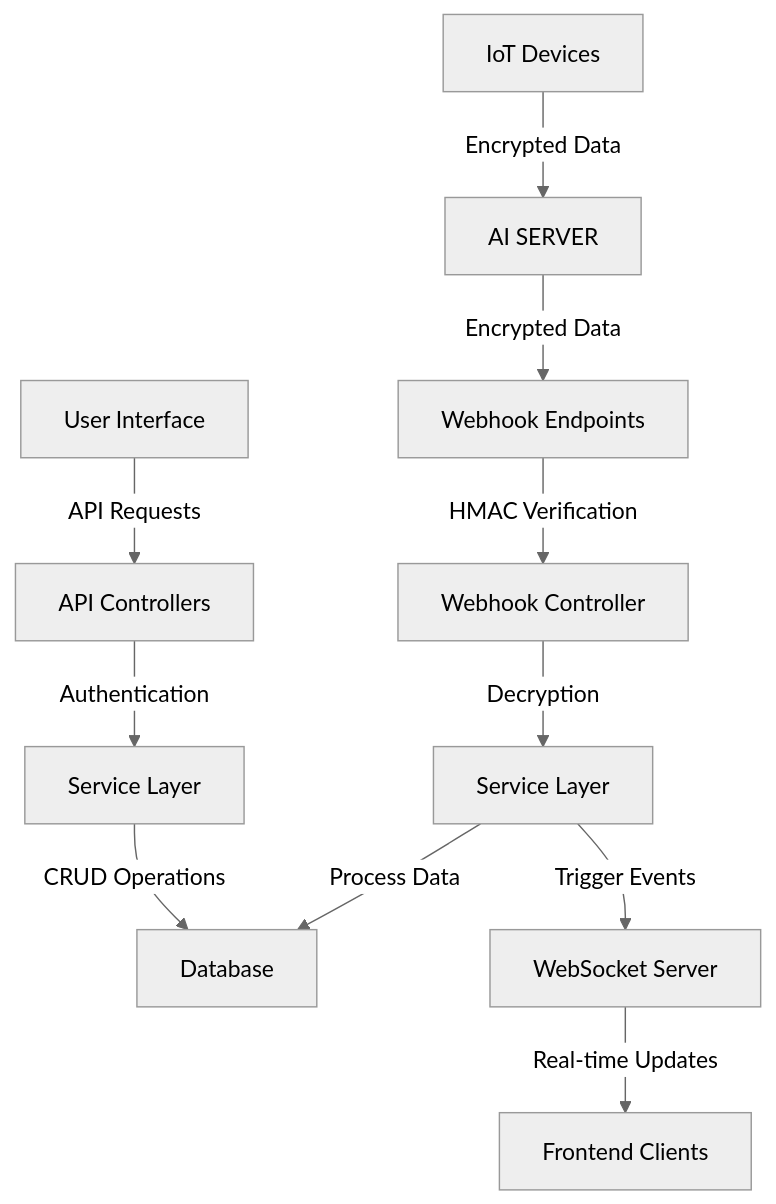
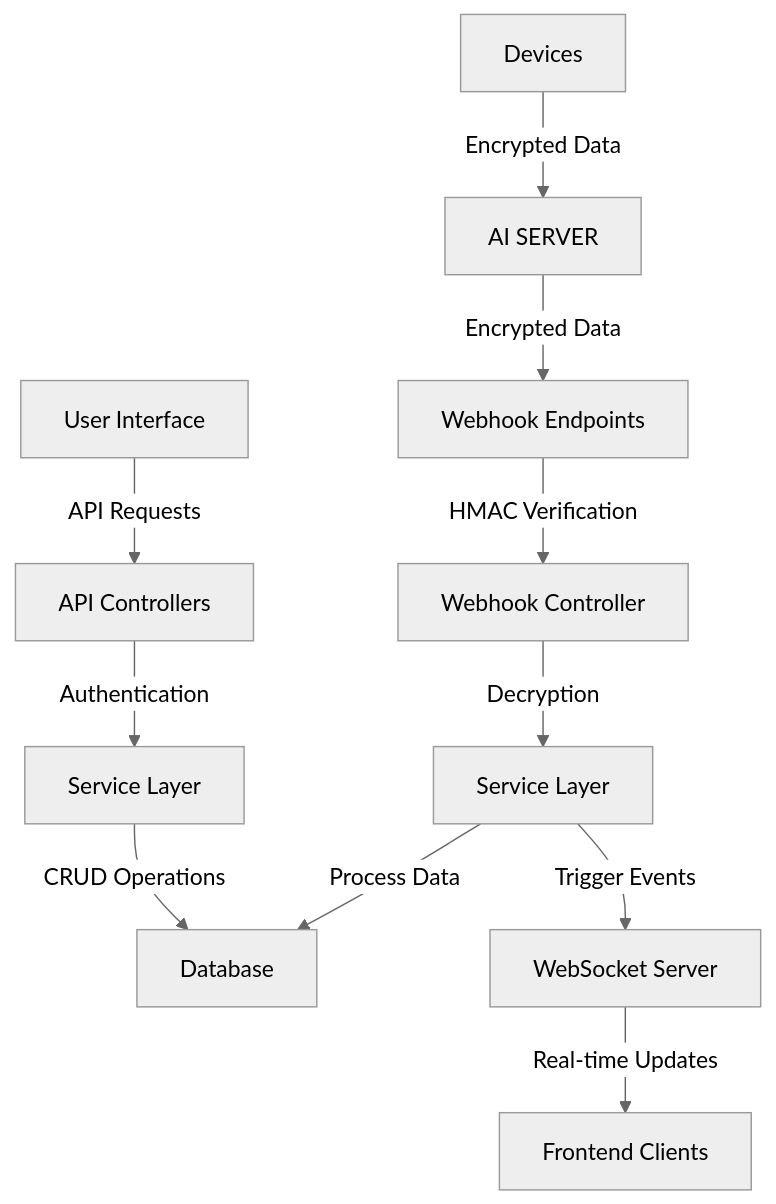
The first of 2 diagrams in README.md (Elmoatassimm/NEST), drawn with Mermaid (neutral theme) before and after one commit.

````diff
--- a/README.md
+++ b/README.md
@@ -69,13 +69,13 @@
 ```mermaid
 graph TD
-    A[IoT Devices] -->|Encrypted Data| K[AI  SERVER]
+    A[ Devices] -->|Encrypted Data| K[AI  SERVER]
     K[AI  SERVER] -->|Encrypted Data| B[ Webhook Endpoints ]
     B -->|HMAC Verification| C[Webhook Controller]
     C -->|Decryption| D[Service Layer]
     D -->|Process Data| E[Database]
     D -->|Trigger Events| F[WebSocket Server]
     F -->|Real-time Updates| G[Frontend Clients]
     H[User Interface] -->|API Requests| I[API Controllers]
     I -->|Authentication| J[Service Layer]
     J -->|CRUD Operations| E
 ```
````
